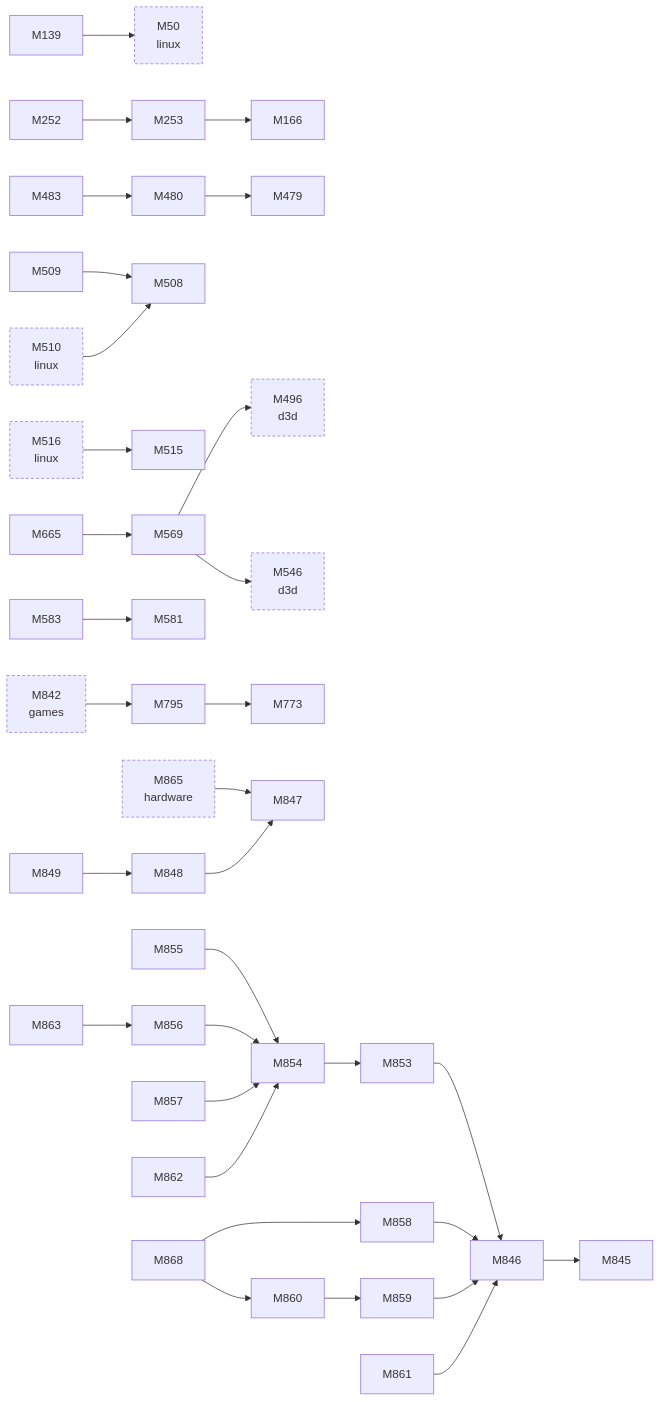
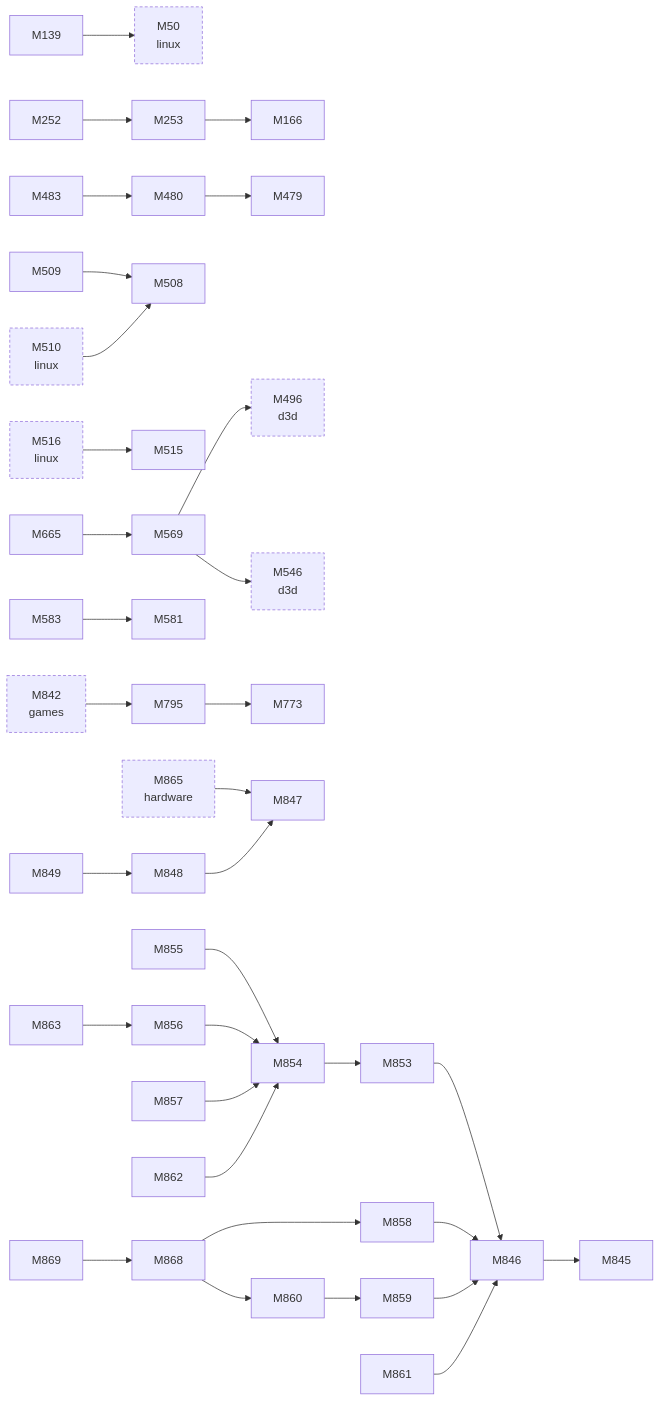
One commit to D-Ogi/amdgpu-wddm changed the second of 2 diagrams in docs/facts/graphs/icd.md. Above: the diagram before and after it, drawn with Mermaid. The commit also changed other lines of this file and 25 other files, not shown here.

````diff
--- a/docs/facts/graphs/icd.md
+++ b/docs/facts/graphs/icd.md
@@ -35,76 +37,78 @@
 ```mermaid
 flowchart LR
   M50["M50<br/>linux"]
   M139["M139"]
   M166["M166"]
   M252["M252"]
   M253["M253"]
   M479["M479"]
   M480["M480"]
   M483["M483"]
   M496["M496<br/>d3d"]
   M508["M508"]
   M509["M509"]
   M510["M510<br/>linux"]
   M515["M515"]
   M516["M516<br/>linux"]
   M546["M546<br/>d3d"]
   M569["M569"]
   M581["M581"]
   M583["M583"]
   M665["M665"]
   M773["M773"]
   M795["M795"]
   M842["M842<br/>games"]
   M845["M845"]
   M846["M846"]
   M847["M847"]
   M848["M848"]
   M849["M849"]
   M853["M853"]
   M854["M854"]
   M855["M855"]
   M856["M856"]
   M857["M857"]
   M858["M858"]
   M859["M859"]
   M860["M860"]
   M861["M861"]
   M862["M862"]
   M863["M863"]
   M865["M865<br/>hardware"]
   M868["M868"]
+  M869["M869"]
   M865 --> M847
   M139 --> M50
   M252 --> M253
   M253 --> M166
   M480 --> M479
   M483 --> M480
   M509 --> M508
   M569 --> M496
   M569 --> M546
   M583 --> M581
   M665 --> M569
   M795 --> M773
   M846 --> M845
   M848 --> M847
   M849 --> M848
   M853 --> M846
   M854 --> M853
   M855 --> M854
   M856 --> M854
   M857 --> M854
   M858 --> M846
   M859 --> M846
   M860 --> M859
   M861 --> M846
   M862 --> M854
   M863 --> M856
   M868 --> M858
   M868 --> M860
+  M869 --> M868
   M842 --> M795
   M510 --> M508
   M516 --> M515
   classDef other stroke-dasharray:4 3
   class M50,M496,M510,M516,M546,M842,M865 other
 ```
````
